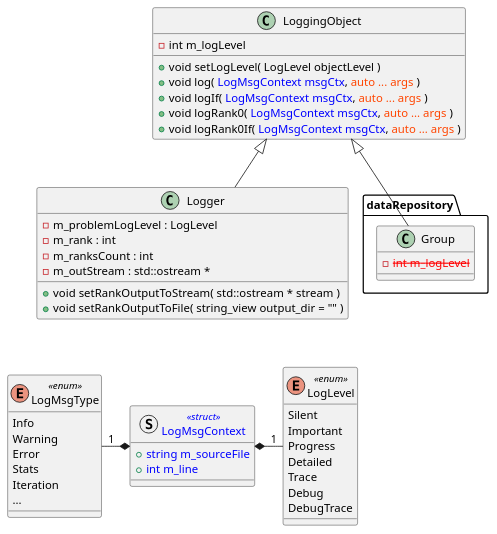
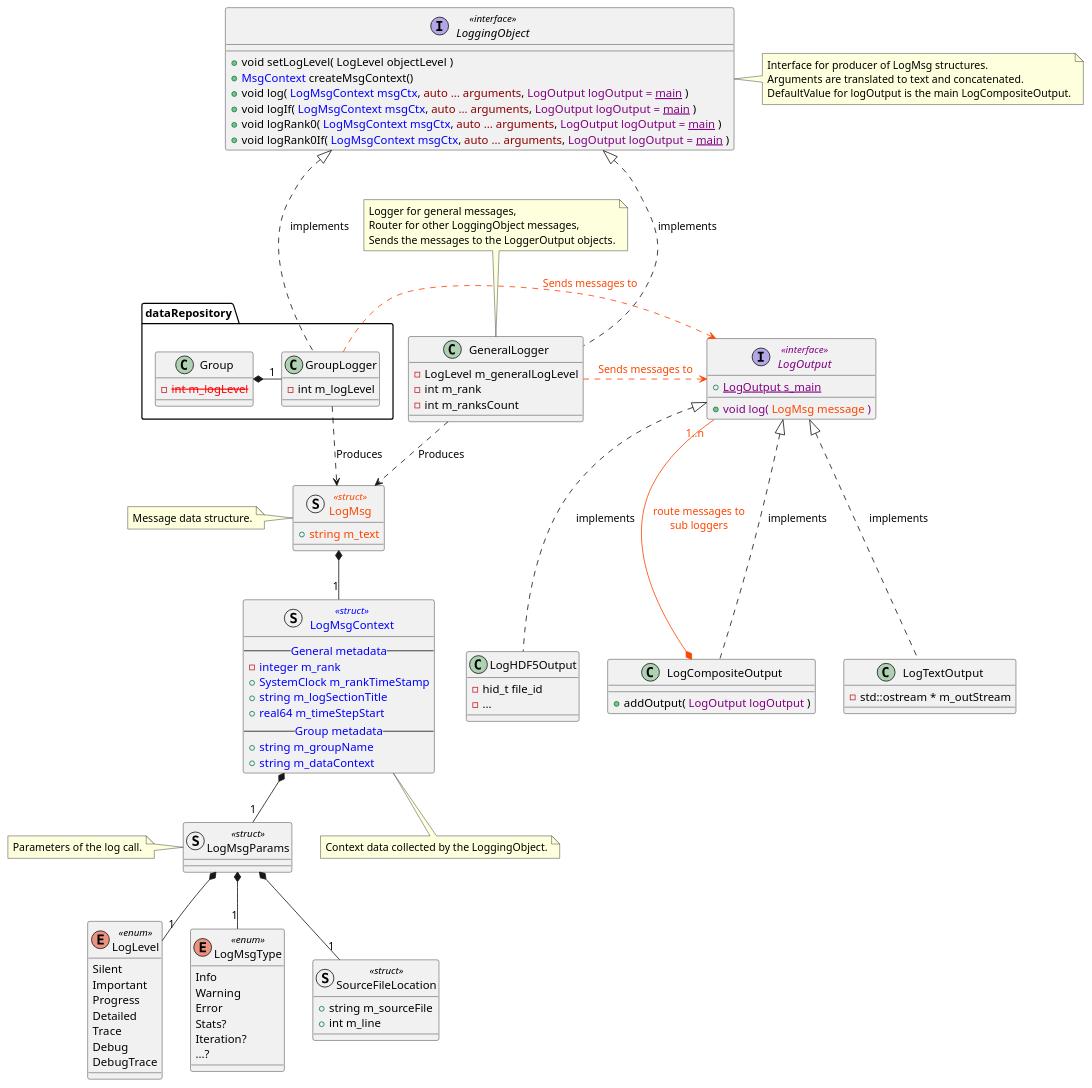
The diagram in src/coreComponents/common/Logger.plantuml (GEOS-DEV/GEOS), drawn with PlantUML before and after one commit. The commit also changed 3 other files, not shown here.

Commit message:
architecture deepening

```diff
--- a/src/coreComponents/common/Logger.plantuml
+++ b/src/coreComponents/common/Logger.plantuml
@@ -1,63 +1,129 @@
 @startuml Logger Class
 
 set namespaceSeparator ::
 
 
-
-class LoggingObject {
-  - int m_logLevel
-
-  + void setLogLevel( LogLevel objectLevel )
-  + void log( <color:Blue>LogMsgContext msgCtx</color>, <color:OrangeRed>auto ... args</color> )
-  + void logIf( <color:Blue>LogMsgContext msgCtx</color>, <color:OrangeRed>auto ... args</color> )
-  + void logRank0( <color:Blue>LogMsgContext msgCtx</color>, <color:OrangeRed>auto ... args</color> )
-  + void logRank0If( <color:Blue>LogMsgContext msgCtx</color>, <color:OrangeRed>auto ... args</color> )
-}
-
-
-class Logger {
-  - m_problemLogLevel : LogLevel
-  - m_rank : int
-  - m_ranksCount : int
-  - m_outStream : std::ostream *
-
-  + void setRankOutputToStream( std::ostream * stream )
-  + void setRankOutputToFile( string_view output_dir = "" )
-}
-LoggingObject <|-d- Logger
-
-
-class dataRepository::Group {
-  - <color:Red><s>int m_logLevel</s></color>
-}
-LoggingObject <|-d- dataRepository::Group
+' Message Data Structure
 
 
 enum LogLevel <<enum>> {
   Silent
   Important
   Progress
   Detailed
   Trace
   Debug
   DebugTrace
 }
+
 enum LogMsgType <<enum>> {
   Info
   Warning
   Error
-  Stats
-  Iteration
-  ...
+  Stats?
+  Iteration?
+  ...?
 }
-struct LogMsgContext <<struct>> #text:Blue {
+
+struct SourceFileLocation <<struct>> {
   + string m_sourceFile
   + int m_line
 }
-LogMsgContext *-l-- "1" LogMsgType
-LogMsgContext *-r-- "1" LogLevel
 
-Logger -d[hidden]-> LogMsgContext
+struct LogMsgParams <<struct>> {
+}
+note left: Parameters of the log call.
+
+struct LogMsgContext <<struct>> #text:Blue {
+  -- General metadata --
+  - integer m_rank
+  + SystemClock m_rankTimeStamp
+  + string m_logSectionTitle
+  + real64 m_timeStepStart
+  -- Group metadata --
+  + string m_groupName
+  + string m_dataContext
+}
+note bottom: Context data collected by the LoggingObject.
+
+struct LogMsg <<struct>> #text:OrangeRed {
+  + string m_text
+}
+note left: Message data structure.
+
+LogMsgParams *-- "1" SourceFileLocation
+LogMsgParams *-- "1" LogMsgType
+LogMsgParams *-- "1" LogLevel
+LogMsg *-- "1" LogMsgContext
+LogMsgContext *-- "1" LogMsgParams
+
+
+' Log outputs
+
+
+interface LogOutput <<interface>> #text:Purple {
+  + {static} LogOutput s_main
+  + void log( <color:OrangeRed>LogMsg message</color> )
+}
+
+class LogCompositeOutput {
+  + addOutput( <color:Purple>LogOutput logOutput</color> )
+}
+LogOutput <|... LogCompositeOutput : implements
+LogCompositeOutput *--- "1..n" LogOutput #OrangeRed;text:OrangeRed : route messages to\nsub loggers
+
+class LogHDF5Output {
+  - hid_t file_id
+  - ...
+}
+LogOutput <|... LogHDF5Output : implements
+
+class LogTextOutput {
+  - std::ostream * m_outStream
+}
+LogOutput <|... LogTextOutput : implements
+
+
+' Message Producers
+
+interface LoggingObject <<interface>> {
+  + void setLogLevel( LogLevel objectLevel )
+  + <color:Blue>MsgContext</color> createMsgContext()
+  + void log( <color:Blue>LogMsgContext msgCtx</color>, <color:DarkRed>auto ... arguments</color>, <color:Purple>LogOutput logOutput = <u>main</u></color> )
+  + void logIf( <color:Blue>LogMsgContext msgCtx</color>, <color:DarkRed>auto ... arguments</color>, <color:Purple>LogOutput logOutput = <u>main</u></color> )
+  + void logRank0( <color:Blue>LogMsgContext msgCtx</color>, <color:DarkRed>auto ... arguments</color>, <color:Purple>LogOutput logOutput = <u>main</u></color> )
+  + void logRank0If( <color:Blue>LogMsgContext msgCtx</color>, <color:DarkRed>auto ... arguments</color>, <color:Purple>LogOutput logOutput = <u>main</u></color> )
+  }
+note right: Interface for producer of LogMsg structures.\nArguments are translated to text and concatenated.\nDefaultValue for logOutput is the main LogCompositeOutput.
+
+
+
+class GeneralLogger {
+  - LogLevel m_generalLogLevel
+  - int m_rank
+  - int m_ranksCount
+}
+note top: Logger for general messages,\nRouter for other LoggingObject messages,\nSends the messages to the LoggerOutput objects.
+GeneralLogger ..u.|> LoggingObject : implements
+GeneralLogger .d.> LogMsg : Produces
+GeneralLogger ..r.> LogOutput #OrangeRed;text:OrangeRed : "Sends messages to"
+
+
+package dataRepository {
+  class GroupLogger {
+    - int m_logLevel
+  }
+  class Group {
+    - <color:Red><s>int m_logLevel</s></color>
+  }
+  GroupLogger ..u.|> LoggingObject : implements
+  Group *-r-- "1" GroupLogger
+}
+dataRepository::GroupLogger ..r.> LogOutput #OrangeRed;text:OrangeRed : "Sends messages to"
+dataRepository::GroupLogger .d.> LogMsg : Produces
+
+
+
 
 
 @enduml
```
